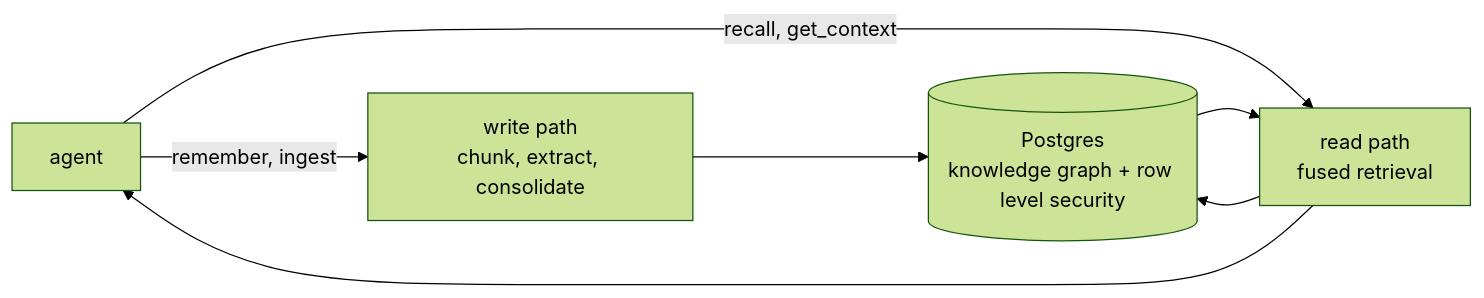
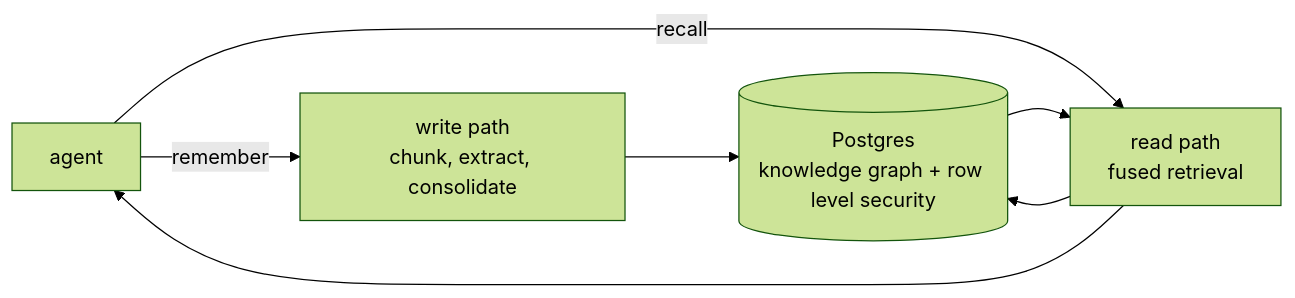
Before and after one commit to phvv-me/aizk: the diagram in README.md, drawn with Mermaid (forest theme). The commit also changed other lines of this file and 298 other files, not shown here.

````diff
--- a/README.md
+++ b/README.md
@@ -56,8 +59,8 @@
 ```mermaid
 flowchart LR
-    A[agent] -->|remember, ingest| W[write path<br/>chunk, extract, consolidate]
-    A -->|recall, get_context| Re[read path<br/>fused retrieval]
+    A[agent] -->|remember| W[write path<br/>chunk, extract, consolidate]
+    A -->|recall| Re[read path<br/>fused retrieval]
     W --> P[(Postgres<br/>knowledge graph + row level security)]
     Re --> P
     P --> Re --> A
 ```
````
